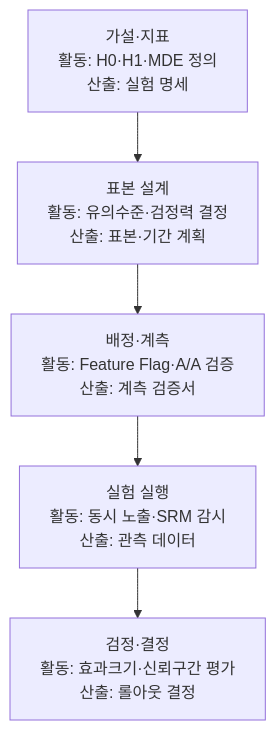
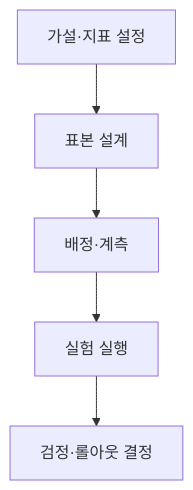
Before and after one commit to agnusdei1207/study: the first of 3 diagrams in src/content/docs/notes/itpe/01-it-strategy/029_ab_testing.md, drawn with Mermaid. The commit also changed other lines of this file and 19 other files, not shown here.

````diff
--- a/src/content/docs/notes/itpe/01-it-strategy/029_ab_testing.md
+++ b/src/content/docs/notes/itpe/01-it-strategy/029_ab_testing.md
@@ -54,7 +54,7 @@
 ```mermaid
 flowchart TD
-    A["가설·지표<br/>활동: H0·H1·MDE 정의<br/>산출: 실험 명세"] --> B["표본 설계<br/>활동: 유의수준·검정력 결정<br/>산출: 표본·기간 계획"]
-    B --> C["배정·계측<br/>활동: Feature Flag·A/A 검증<br/>산출: 계측 검증서"]
-    C --> D["실험 실행<br/>활동: 동시 노출·SRM 감시<br/>산출: 관측 데이터"]
-    D --> E["검정·결정<br/>활동: 효과크기·신뢰구간 평가<br/>산출: 롤아웃 결정"]
+    A["가설·지표 설정"] --> B["표본 설계"]
+    B --> C["배정·계측"]
+    C --> D["실험 실행"]
+    D --> E["검정·롤아웃 결정"]
 ```
````
